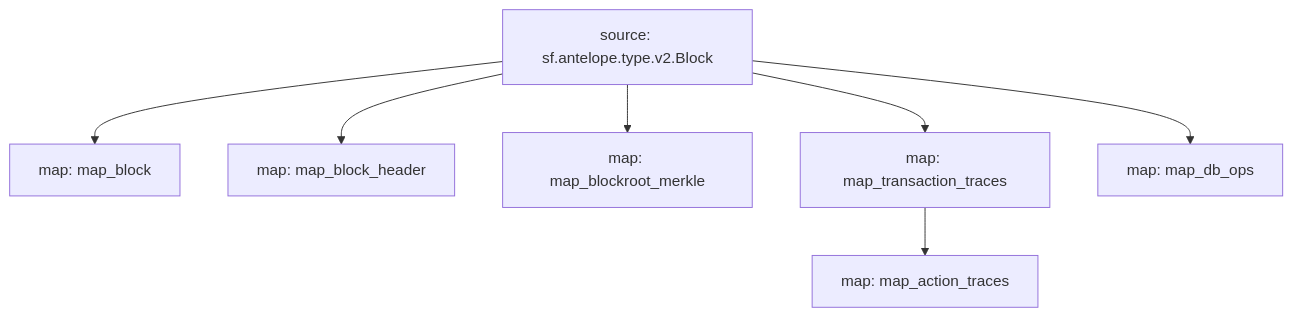
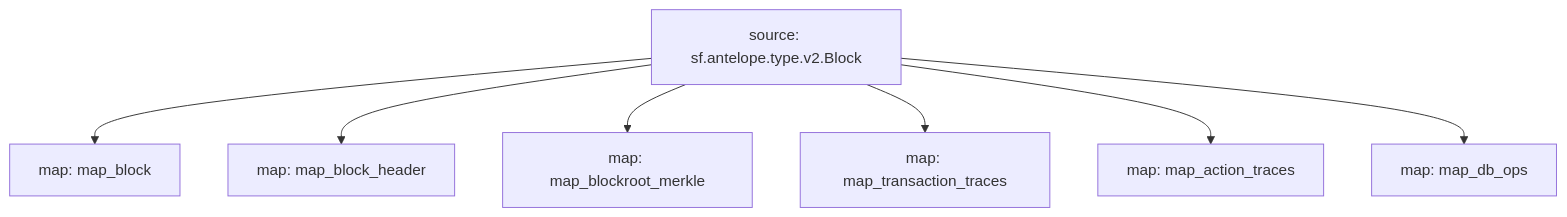
Before and after one commit to pinax-network/substreams: the diagram in substreams/common/README.md, drawn with Mermaid. The commit also changed other lines of this file and 2 other files, not shown here.

````diff
--- a/substreams/common/README.md
+++ b/substreams/common/README.md
@@ -7,15 +7,15 @@
 ```mermaid
 graph TD;
   map_block[map: map_block]
   sf.antelope.type.v2.Block[source: sf.antelope.type.v2.Block] --> map_block
   map_block_header[map: map_block_header]
   sf.antelope.type.v2.Block[source: sf.antelope.type.v2.Block] --> map_block_header
   map_blockroot_merkle[map: map_blockroot_merkle]
   sf.antelope.type.v2.Block[source: sf.antelope.type.v2.Block] --> map_blockroot_merkle
   map_transaction_traces[map: map_transaction_traces]
   sf.antelope.type.v2.Block[source: sf.antelope.type.v2.Block] --> map_transaction_traces
   map_action_traces[map: map_action_traces]
-  map_transaction_traces --> map_action_traces
+  sf.antelope.type.v2.Block[source: sf.antelope.type.v2.Block] --> map_action_traces
   map_db_ops[map: map_db_ops]
   sf.antelope.type.v2.Block[source: sf.antelope.type.v2.Block] --> map_db_ops
 ```
````
